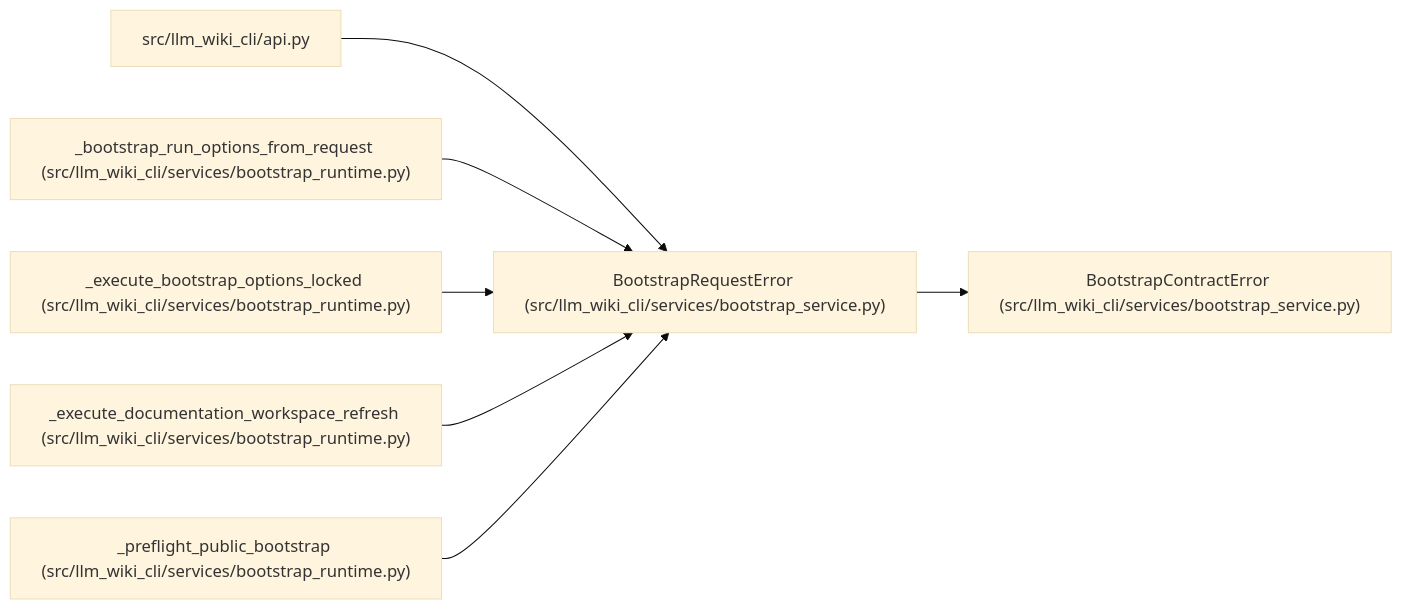
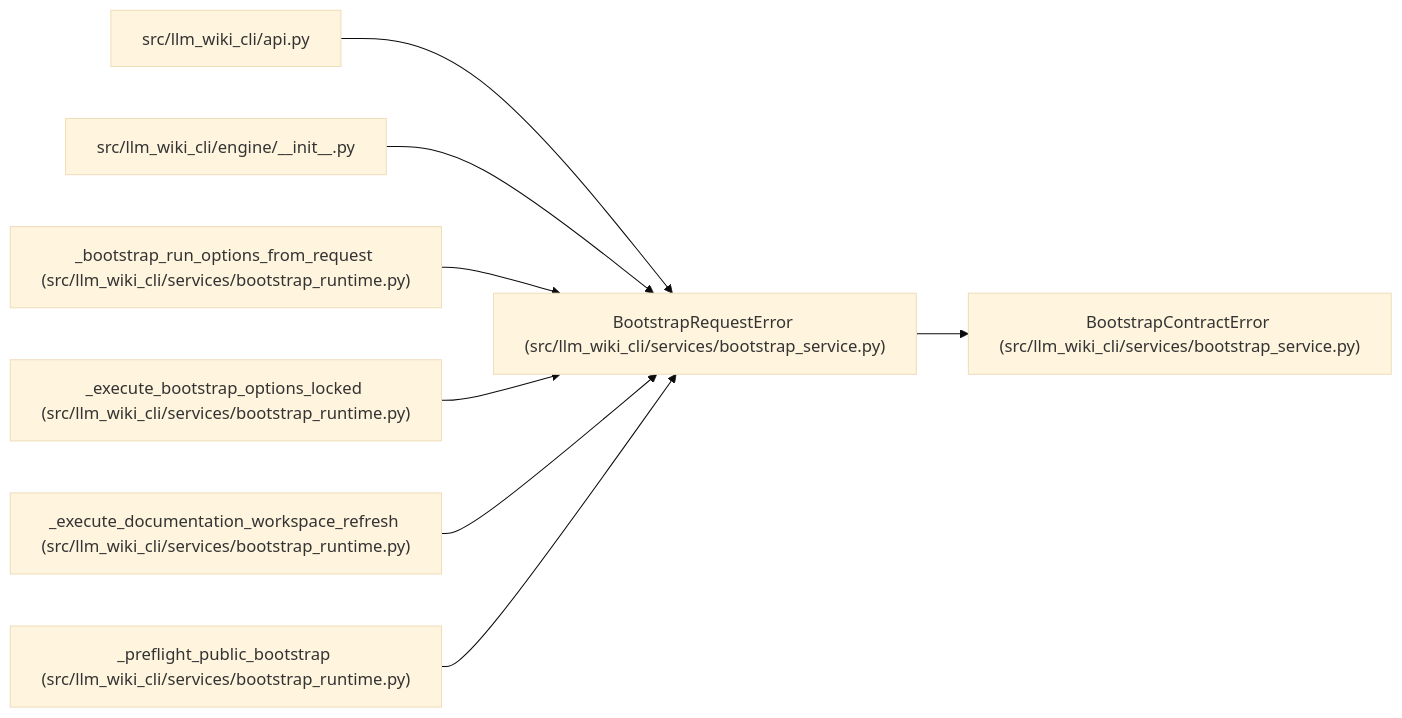
Before and after one commit to Denissvgn/python-wiki-llm: the diagram in docs/llm_wiki/entities/BootstrapRequestError.md, drawn with Mermaid (base theme). The commit also changed other lines of this file and 1555 other files, not shown here.

First line of the commit message:
docs: refresh the wiki for the engine layer

````diff
--- a/docs/llm_wiki/entities/BootstrapRequestError.md
+++ b/docs/llm_wiki/entities/BootstrapRequestError.md
@@ -23,23 +23,26 @@
 ```mermaid
 flowchart LR
     n0["BootstrapRequestError (src/llm_wiki_cli/services/bootstrap_service.py)"]
     n1["BootstrapContractError (src/llm_wiki_cli/services/bootstrap_service.py)"]
     n2["src/llm_wiki_cli/api.py"]
-    n3["_bootstrap_run_options_from_request (src/llm_wiki_cli/services/bootstrap_runtime.py)"]
-    n4["_execute_bootstrap_options_locked (src/llm_wiki_cli/services/bootstrap_runtime.py)"]
-    n5["_execute_documentation_workspace_refresh (src/llm_wiki_cli/services/bootstrap_runtime.py)"]
-    n6["_preflight_public_bootstrap (src/llm_wiki_cli/services/bootstrap_runtime.py)"]
+    n3["src/llm_wiki_cli/engine/__init__.py"]
+    n4["_bootstrap_run_options_from_request (src/llm_wiki_cli/services/bootstrap_runtime.py)"]
+    n5["_execute_bootstrap_options_locked (src/llm_wiki_cli/services/bootstrap_runtime.py)"]
+    n6["_execute_documentation_workspace_refresh (src/llm_wiki_cli/services/bootstrap_runtime.py)"]
+    n7["_preflight_public_bootstrap (src/llm_wiki_cli/services/bootstrap_runtime.py)"]
     n0 --> n1
     n2 --> n0
     n3 --> n0
     n4 --> n0
     n5 --> n0
     n6 --> n0
+    n7 --> n0
     click n0 "../modules/bootstrap_service.md"
     click n1 "../modules/bootstrap_service.md"
     click n2 "../modules/api.md"
-    click n3 "../modules/bootstrap_runtime.md"
+    click n3 "../modules/engine___init__.md"
     click n4 "../modules/bootstrap_runtime.md"
     click n5 "../modules/bootstrap_runtime.md"
     click n6 "../modules/bootstrap_runtime.md"
+    click n7 "../modules/bootstrap_runtime.md"
 ```
````
